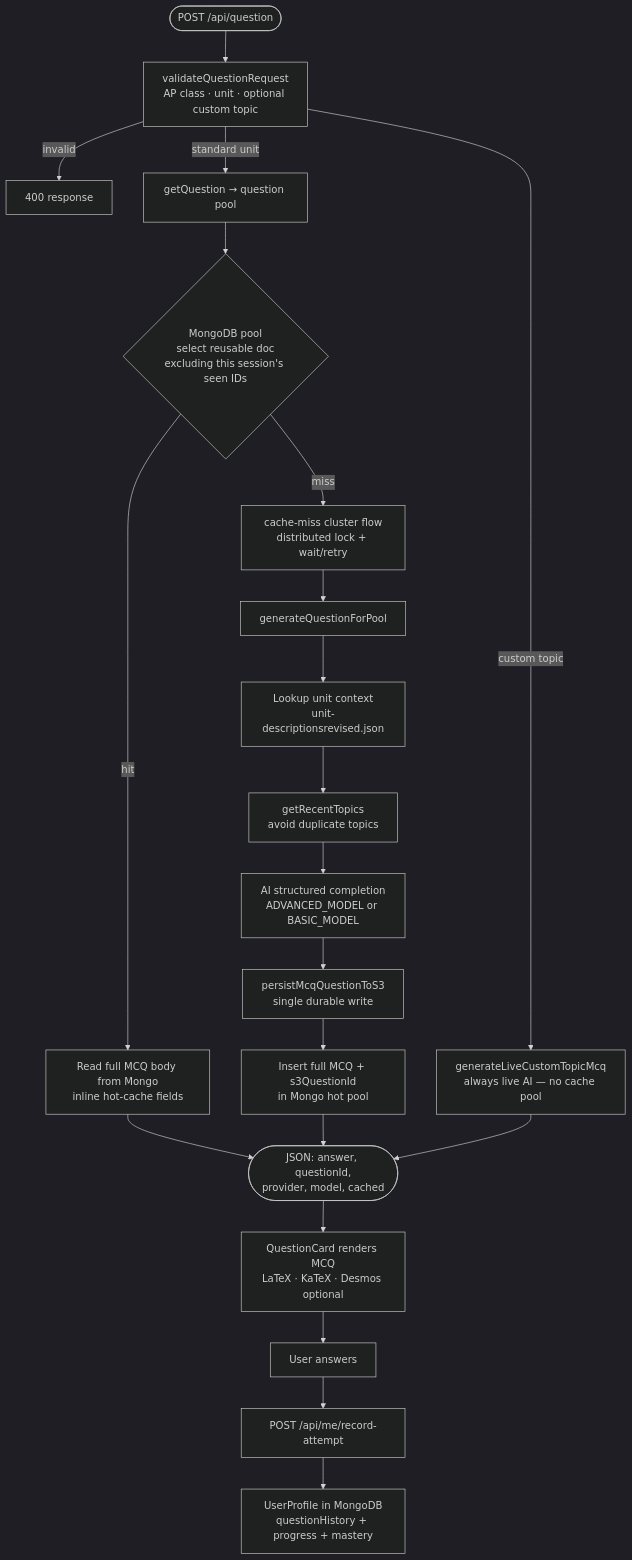
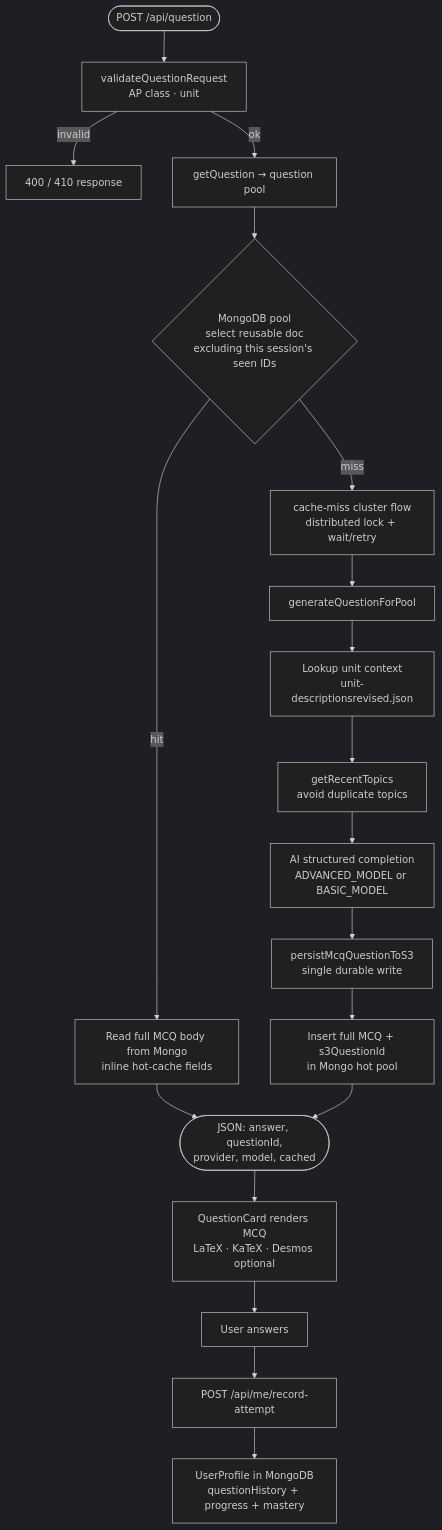
One commit to 5cisummai/freeappractice changed the fourth of 7 diagrams in docs/architecture.md. Above: the diagram before and after it, drawn with Mermaid (dark theme). The commit also changed other lines of this file and 27 other files, not shown here.

First line of the commit message:
Remove custom-topic generation and feature flags (DEV-34).

````diff
--- a/docs/architecture.md
+++ b/docs/architecture.md
@@ -151,27 +151,25 @@
 ```mermaid
 flowchart TD
-    Start(["POST /api/question"]) --> Validate["validateQuestionRequest<br/>AP class · unit · optional custom topic"]
-    Validate -->|invalid| Err400["400 response"]
-    Validate -->|custom topic| Live["generateLiveCustomTopicMcq<br/>always live AI — no cache pool"]
-    Validate -->|standard unit| Pool["getQuestion → question pool"]
+    Start(["POST /api/question"]) --> Validate["validateQuestionRequest<br/>AP class · unit"]
+    Validate -->|invalid| Err400["400 / 410 response"]
+    Validate -->|ok| Pool["getQuestion → question pool"]
 
     Pool --> Select{"MongoDB pool<br/>select reusable doc<br/>excluding this session's seen IDs"}
     Select -->|hit| LoadInline["Read full MCQ body from Mongo<br/>inline hot-cache fields"]
     Select -->|miss| MissFlow["cache-miss cluster flow<br/>distributed lock + wait/retry"]
     MissFlow --> GenPool["generateQuestionForPool"]
 
     GenPool --> UnitCtx["Lookup unit context<br/>unit-descriptionsrevised.json"]
     UnitCtx --> Recent["getRecentTopics<br/>avoid duplicate topics"]
     Recent --> AI["AI structured completion<br/>ADVANCED_MODEL or BASIC_MODEL"]
     AI --> S3Write["persistMcqQuestionToS3<br/>single durable write"]
     S3Write --> HotDoc["Insert full MCQ + s3QuestionId<br/>in Mongo hot pool"]
 
     LoadInline --> Return(["JSON: answer, questionId,<br/>provider, model, cached"])
     HotDoc --> Return
-    Live --> Return
 
     Return --> UI["QuestionCard renders MCQ<br/>LaTeX · KaTeX · Desmos optional"]
     UI --> Attempt["User answers"]
     Attempt --> Record["POST /api/me/record-attempt"]
     Record --> Profile["UserProfile in MongoDB<br/>questionHistory + progress + mastery"]
 ```
````
